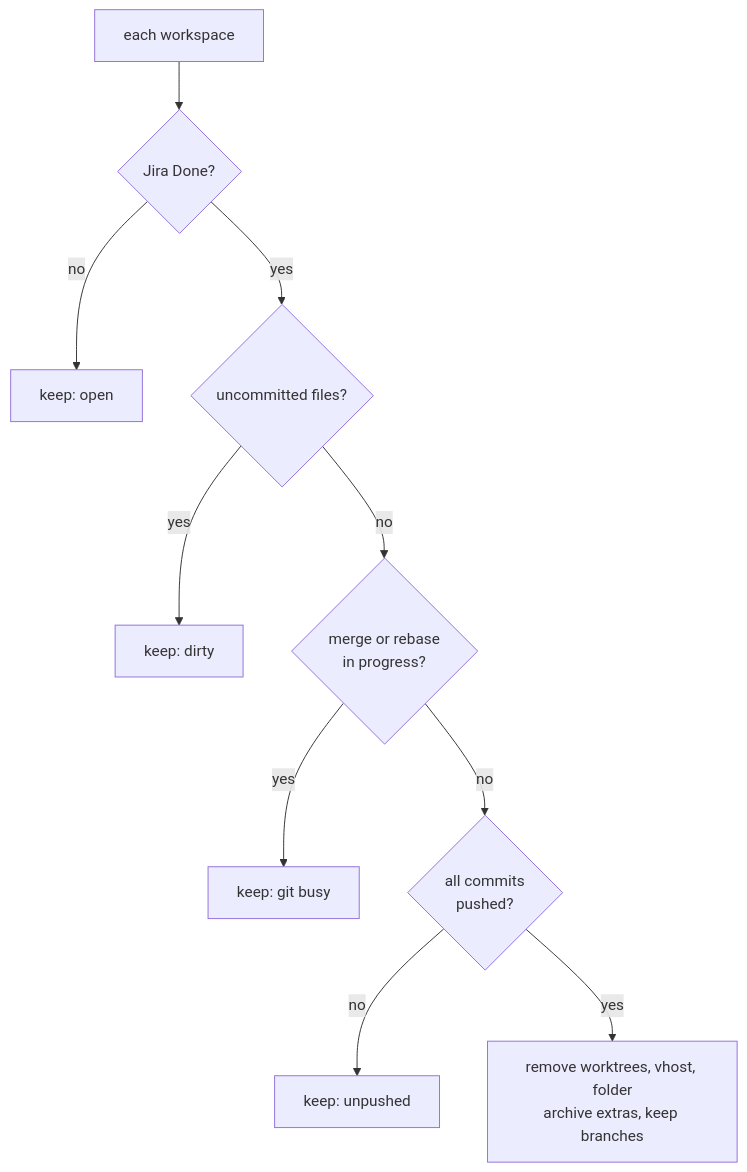
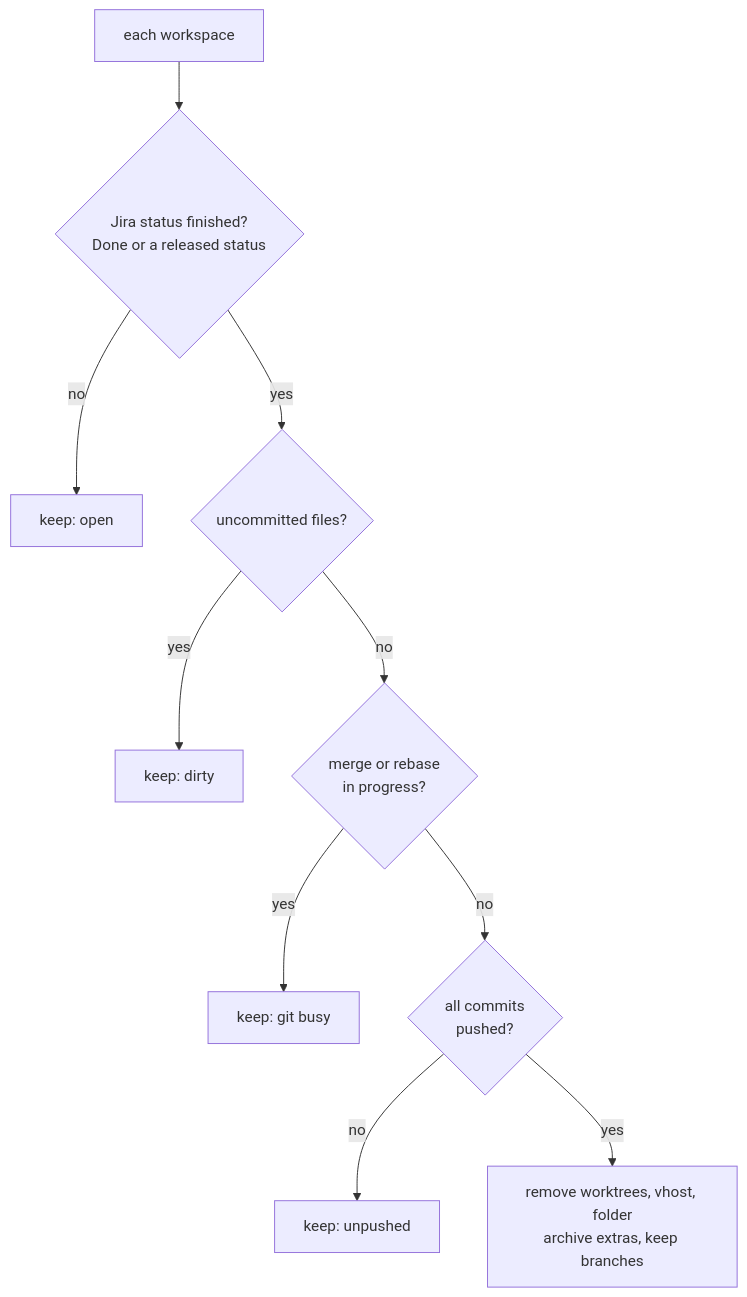
The fourth of 5 diagrams in docs/02-task-workspaces.md (orcnd/claude-infra-guide), drawn with Mermaid before and after one commit. The commit also changed other lines of this file and 8 other files, not shown here.

````diff
--- a/docs/02-task-workspaces.md
+++ b/docs/02-task-workspaces.md
@@ -119,12 +121,12 @@
 ```mermaid
 flowchart TD
-    S["each workspace"] --> Q1{"Jira Done?"}
+    S["each workspace"] --> Q1{"Jira status finished?<br/>Done or a released status"}
     Q1 -- no --> K1["keep: open"]
     Q1 -- yes --> Q2{"uncommitted files?"}
     Q2 -- yes --> K2["keep: dirty"]
     Q2 -- no --> Q3{"merge or rebase<br/>in progress?"}
     Q3 -- yes --> K3["keep: git busy"]
     Q3 -- no --> Q4{"all commits<br/>pushed?"}
     Q4 -- no --> K4["keep: unpushed"]
     Q4 -- yes --> D["remove worktrees, vhost, folder<br/>archive extras, keep branches"]
 ```
````
